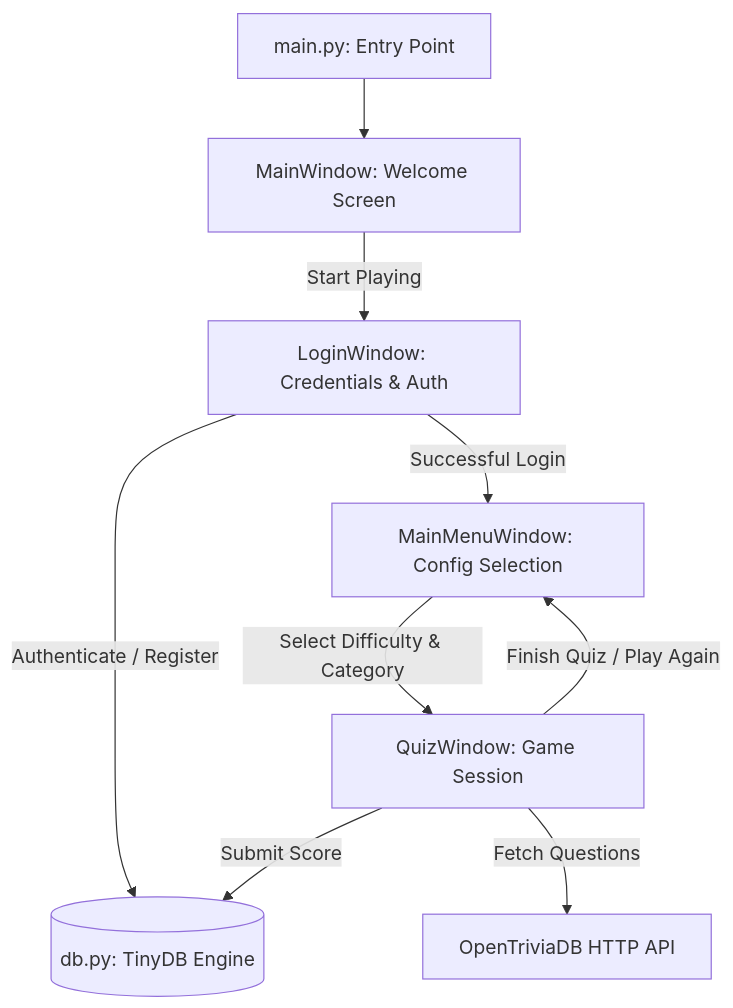
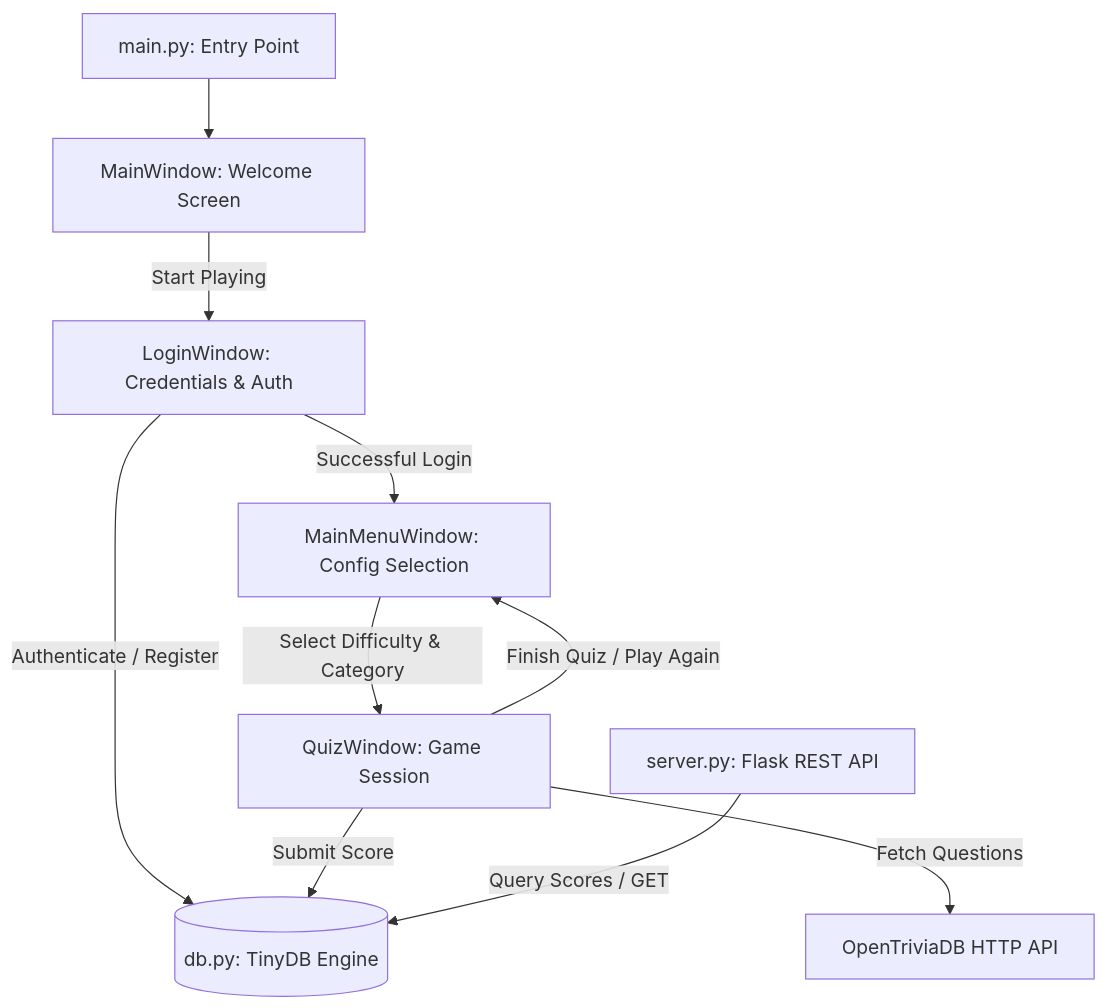
The diagram in README.md (marilenakosma/QuizGame), drawn with Mermaid before and after one commit. The commit also changed other lines of this file and 1 other file, not shown here.

Commit message:
Updated README to add flask

````diff
--- a/README.md
+++ b/README.md
@@ -32,11 +34,13 @@
 ```mermaid
 graph TD
     A[main.py: Entry Point] --> B[MainWindow: Welcome Screen]
     B -->|Start Playing| C[LoginWindow: Credentials & Auth]
     C -->|Authenticate / Register| DB[(db.py: TinyDB Engine)]
     C -->|Successful Login| D[MainMenuWindow: Config Selection]
     D -->|Select Difficulty & Category| E[QuizWindow: Game Session]
     E -->|Fetch Questions| API[OpenTriviaDB HTTP API]
     E -->|Submit Score| DB
     E -->|Finish Quiz / Play Again| D
+    
+    F[server.py: Flask REST API] -->|Query Scores / GET| DB
 ```
````
